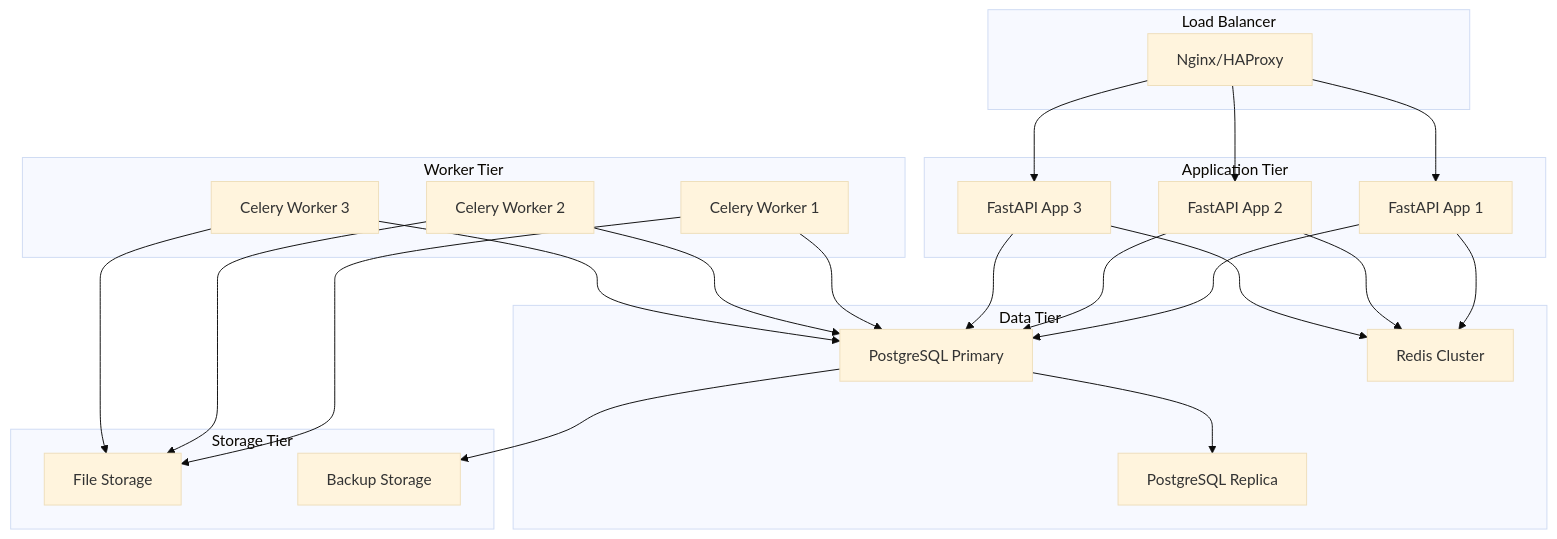
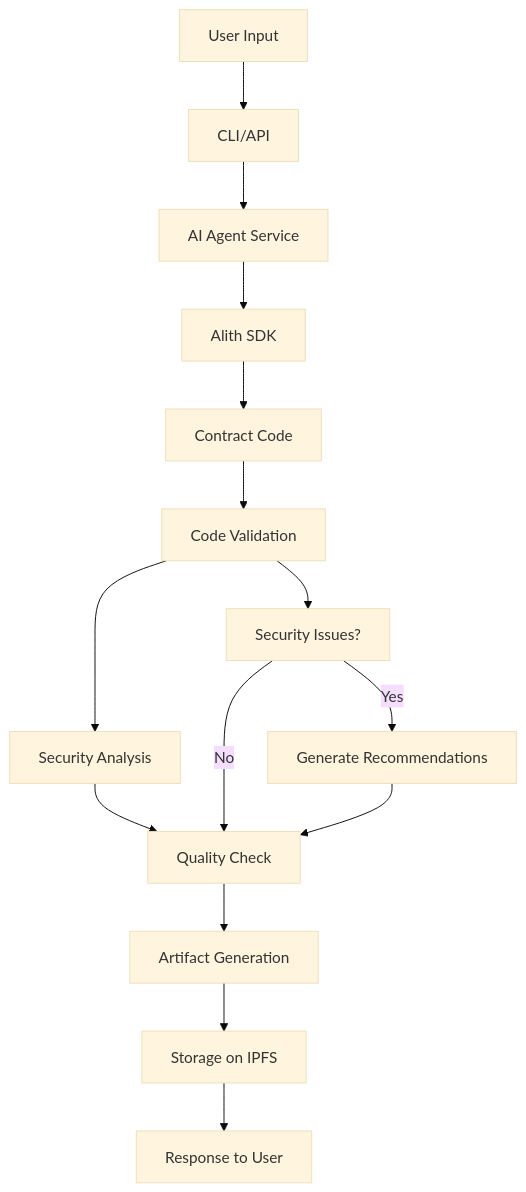
The fifth of 13 diagrams in hyperkit-agent/docs/ARCHITECTURE_DIAGRAMS.md (JustineDevs/Hyperkit-Agent), drawn with Mermaid (base theme) before and after one commit. The commit also changed other lines of this file and 118 other files, not shown here.

````diff
--- a/hyperkit-agent/docs/ARCHITECTURE_DIAGRAMS.md
+++ b/hyperkit-agent/docs/ARCHITECTURE_DIAGRAMS.md
@@ -236,47 +176,18 @@
 ```mermaid
-graph TB
-    subgraph "Load Balancer"
-        A[Nginx/HAProxy]
-    end
+flowchart TD
+    A[User Input] --> B[CLI/API]
+    B --> C[AI Agent Service]
+    C --> D[Alith SDK]
+    D --> E[Contract Code]
+    E --> F[Code Validation]
+    F --> G[Security Analysis]
+    G --> H[Quality Check]
+    H --> I[Artifact Generation]
+    I --> J[Storage on IPFS]
+    J --> K[Response to User]
     
-    subgraph "Application Tier"
-        B[FastAPI App 1]
-        C[FastAPI App 2]
-        D[FastAPI App 3]
-    end
-    
-    subgraph "Worker Tier"
-        E[Celery Worker 1]
-        F[Celery Worker 2]
-        G[Celery Worker 3]
-    end
-    
-    subgraph "Data Tier"
-        H[PostgreSQL Primary]
-        I[PostgreSQL Replica]
-        J[Redis Cluster]
-    end
-    
-    subgraph "Storage Tier"
-        K[File Storage]
-        L[Backup Storage]
-    end
-    
-    A --> B
-    A --> C
-    A --> D
-    B --> H
-    C --> H
-    D --> H
-    E --> H
-    F --> H
-    G --> H
-    H --> I
-    B --> J
-    C --> J
-    D --> J
-    E --> K
-    F --> K
-    G --> K
-    H --> L
+    F --> L[Security Issues?]
+    L -->|Yes| M[Generate Recommendations]
+    L -->|No| H
+    M --> H
 ```
````
